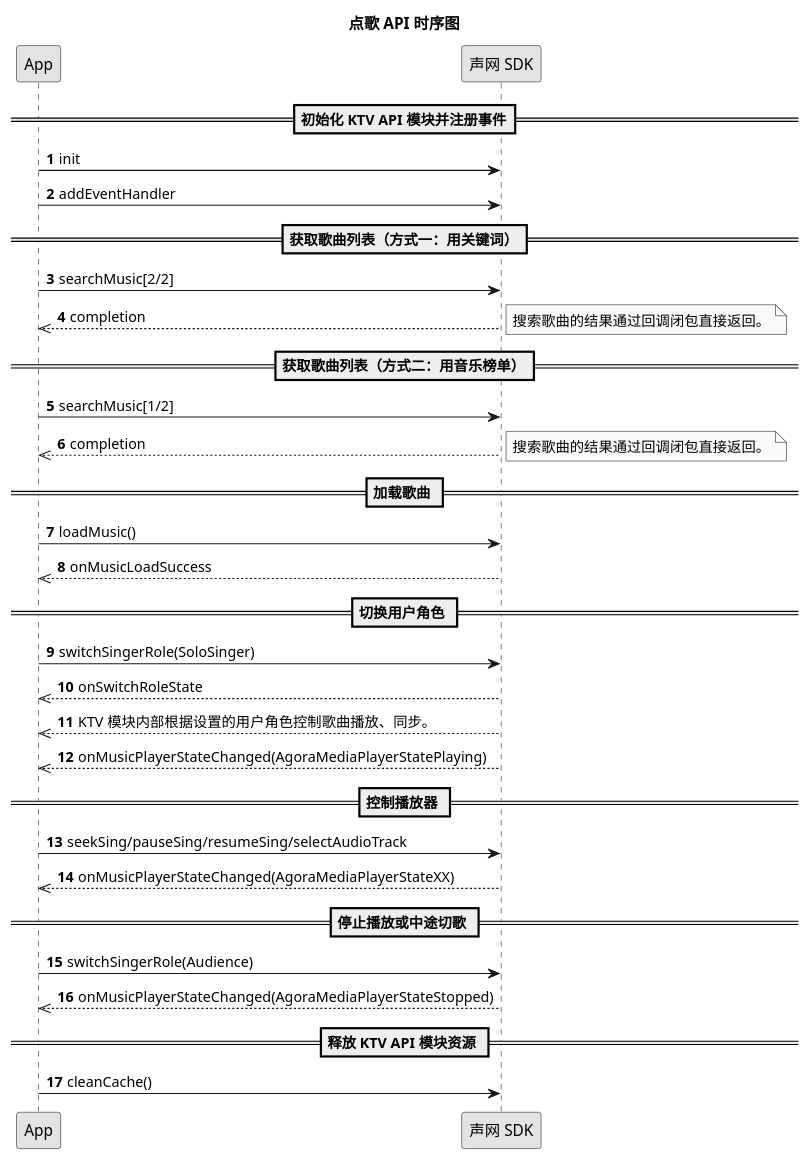
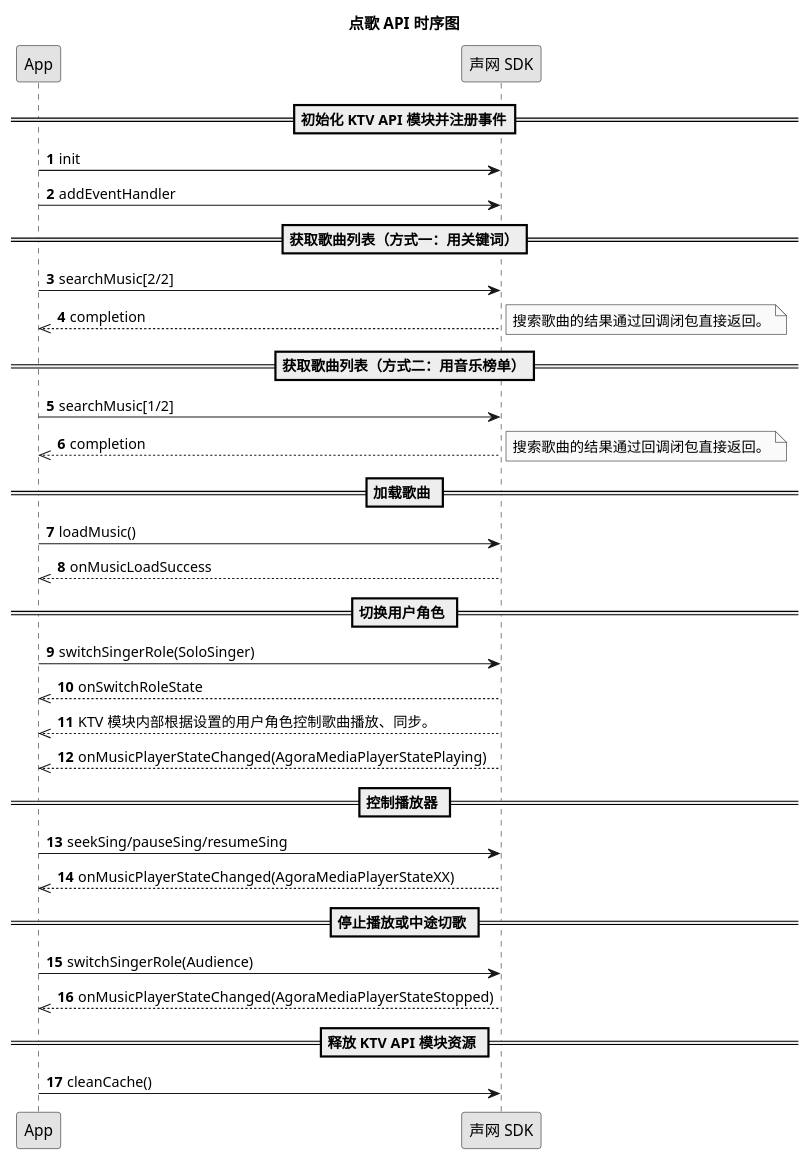
The diagram in markdown/online-ktv/改进/场景化方案/iOS/实现文档/点歌.wsd (AgoraIO/agora_doc_source), drawn with PlantUML before and after one commit. The commit also changed 7 other files, not shown here.

```diff
--- a/markdown/online-ktv/改进/场景化方案/iOS/实现文档/点歌.wsd
+++ b/markdown/online-ktv/改进/场景化方案/iOS/实现文档/点歌.wsd
@@ -1,38 +1,38 @@
 @startuml
 title 点歌 API 时序图
 autonumber
 skinparam monochrome true
 participant "App" as a
 participant "声网 SDK" as b
 == 初始化 KTV API 模块并注册事件==
 a -> b: init
 a -> b: addEventHandler
 == 获取歌曲列表（方式一：用关键词）==
 a -> b: searchMusic[2/2]
 b -->> a: completion
 note right
 搜索歌曲的结果通过回调闭包直接返回。
 end note
 == 获取歌曲列表（方式二：用音乐榜单）==
 a -> b: searchMusic[1/2]
 b -->> a: completion
 note right
 搜索歌曲的结果通过回调闭包直接返回。
 end note
 == 加载歌曲 ==
 a -> b: loadMusic()
 b -->> a: onMusicLoadSuccess
 == 切换用户角色 ==
 a -> b: switchSingerRole(SoloSinger)
 b -->> a:onSwitchRoleState
 b -->> a: KTV 模块内部根据设置的用户角色控制歌曲播放、同步。
 b -->> a:onMusicPlayerStateChanged(AgoraMediaPlayerStatePlaying)
 == 控制播放器 ==
-a ->b: seekSing/pauseSing/resumeSing/selectAudioTrack
+a ->b: seekSing/pauseSing/resumeSing
 b -->> a: onMusicPlayerStateChanged(AgoraMediaPlayerStateXX)
 == 停止播放或中途切歌 ==
 a -> b: switchSingerRole(Audience)
 b -->> a: onMusicPlayerStateChanged(AgoraMediaPlayerStateStopped)
 == 释放 KTV API 模块资源 ==
 a ->b: cleanCache()
 @enduml
```
